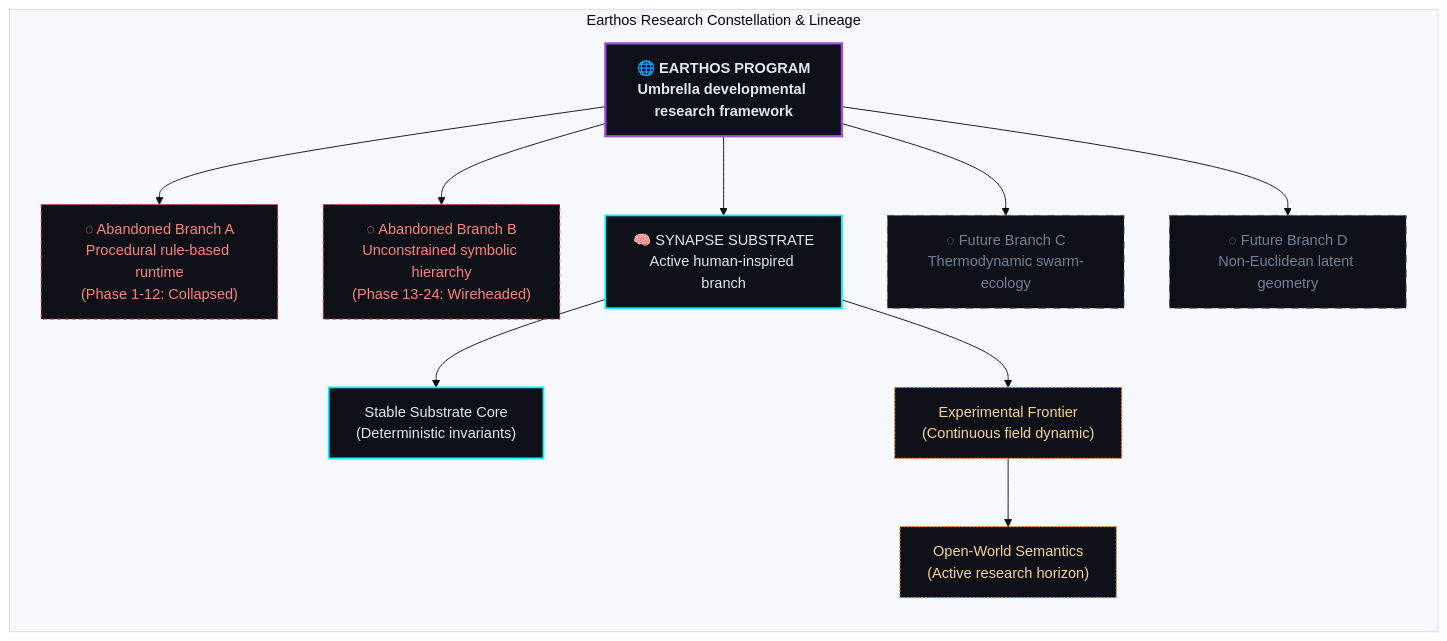
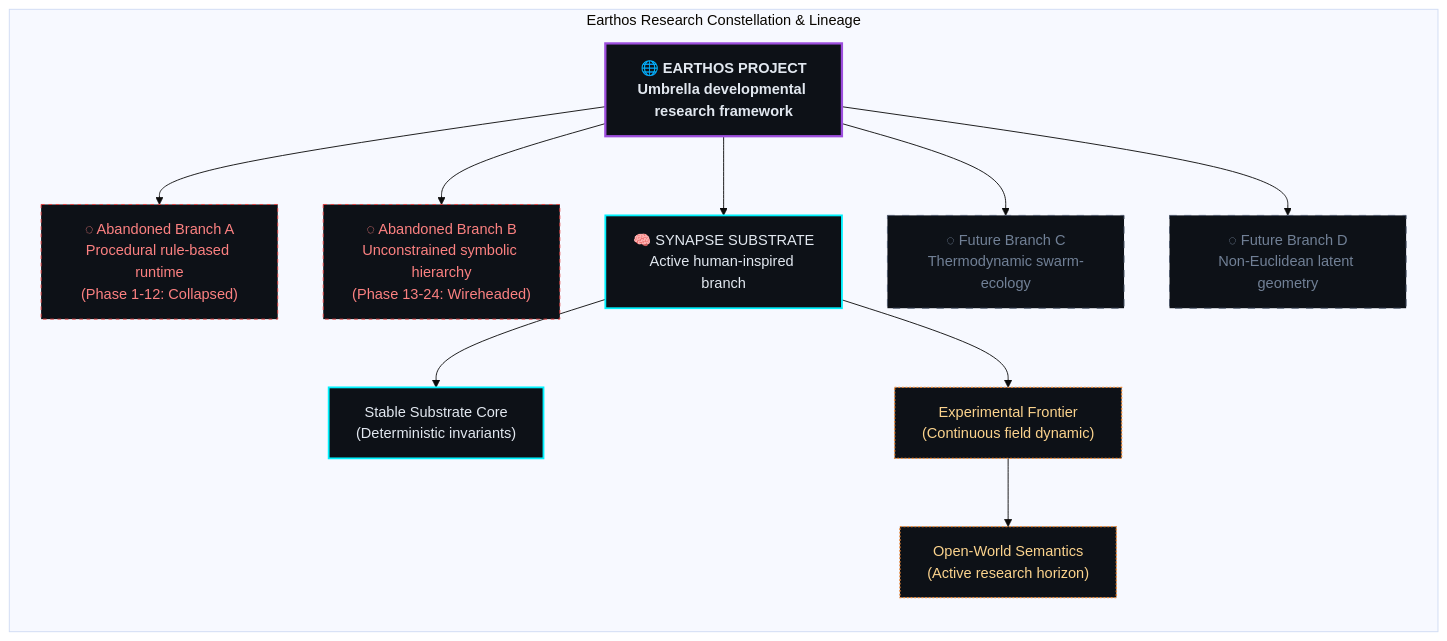
The second of 9 diagrams in docs/architecture.md (rk-roshan-kr/Earthos-public), drawn with Mermaid (base theme) before and after one commit. The commit also changed other lines of this file, not shown here.

Commit message:
docs: adjust paradigm comparison layout to side-by-side (graph LR) and rephrase Earthos as a Project

````diff
--- a/docs/architecture.md
+++ b/docs/architecture.md
@@ -61,29 +61,29 @@
 ```mermaid
 graph TD
     classDef program fill:#0d1117,stroke:#9d4edd,stroke-width:2.5px,color:#e2e8f0,font-weight:bold;
     classDef branch fill:#0d1117,stroke:#00f2fe,stroke-width:2px,color:#e2e8f0;
     classDef abandoned fill:#0d1117,stroke:#e53e3e,stroke-width:1px,color:#fc8181,stroke-dasharray: 4 4;
     classDef frontier fill:#0d1117,stroke:#ed8936,stroke-width:1.5px,color:#fbd38d,stroke-dasharray: 2 2;
     classDef future fill:#0d1117,stroke:#4a5568,stroke-width:1px,color:#718096,stroke-dasharray: 8 8;
 
     subgraph CONSTELLATION ["Earthos Research Constellation & Lineage"]
         direction TB
-        E["🌐 EARTHOS PROGRAM\nUmbrella developmental research framework"]:::program
+        E["🌐 EARTHOS PROJECT\nUmbrella developmental research framework"]:::program
 
         %% Historical branches / Abandoned paths
         E --> AB1["◌ Abandoned Branch A\nProcedural rule-based runtime\n(Phase 1-12: Collapsed)"]:::abandoned
         E --> AB2["◌ Abandoned Branch B\nUnconstrained symbolic hierarchy\n(Phase 13-24: Wireheaded)"]:::abandoned
 
         %% Active substrate
         E --> Syn["🧠 SYNAPSE SUBSTRATE\nActive human-inspired branch"]:::branch
         
         %% Speculative future directions
         E --> F1["◌ Future Branch C\nThermodynamic swarm-ecology"]:::future
         E --> F2["◌ Future Branch D\nNon-Euclidean latent geometry"]:::future
 
         %% Subsystem mapping
         Syn --> Core["Stable Substrate Core\n(Deterministic invariants)"]:::branch
         Syn --> Frontier["Experimental Frontier\n(Continuous field dynamic)"]:::frontier
         Frontier --> Open["Open-World Semantics\n(Active research horizon)"]:::frontier
     end
 ```
````
